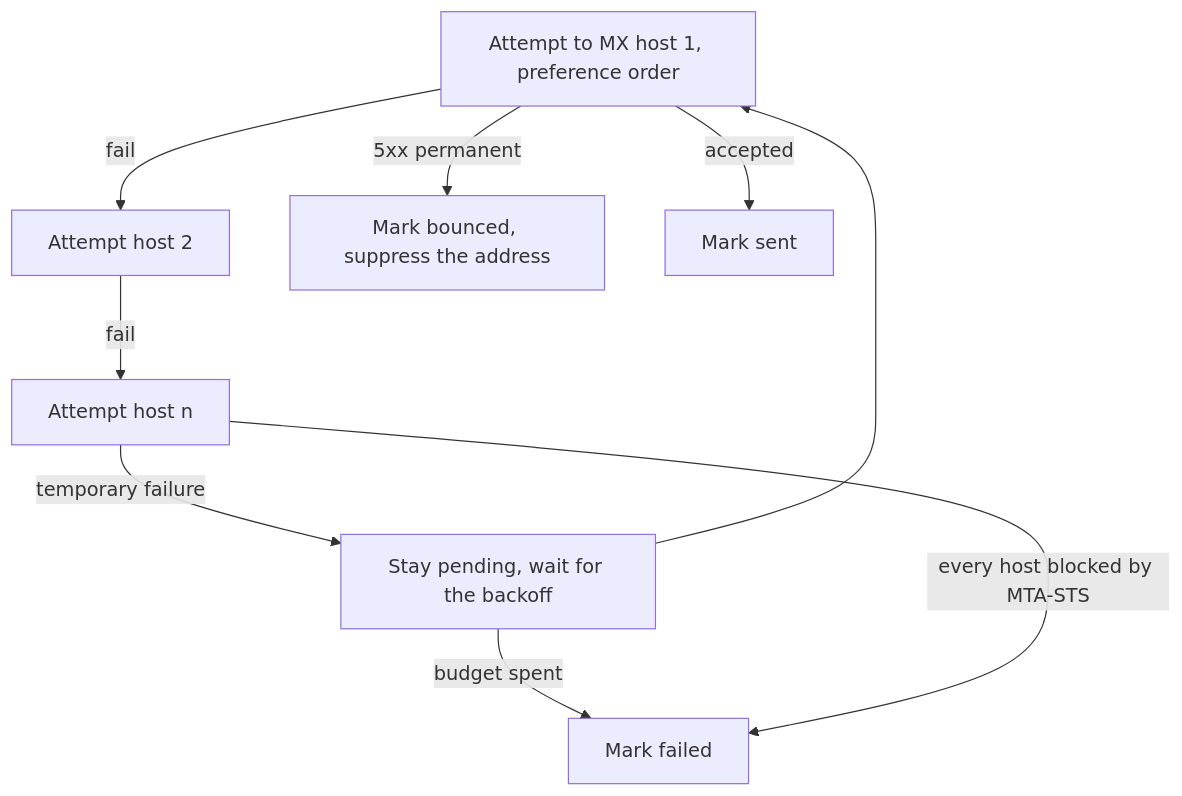
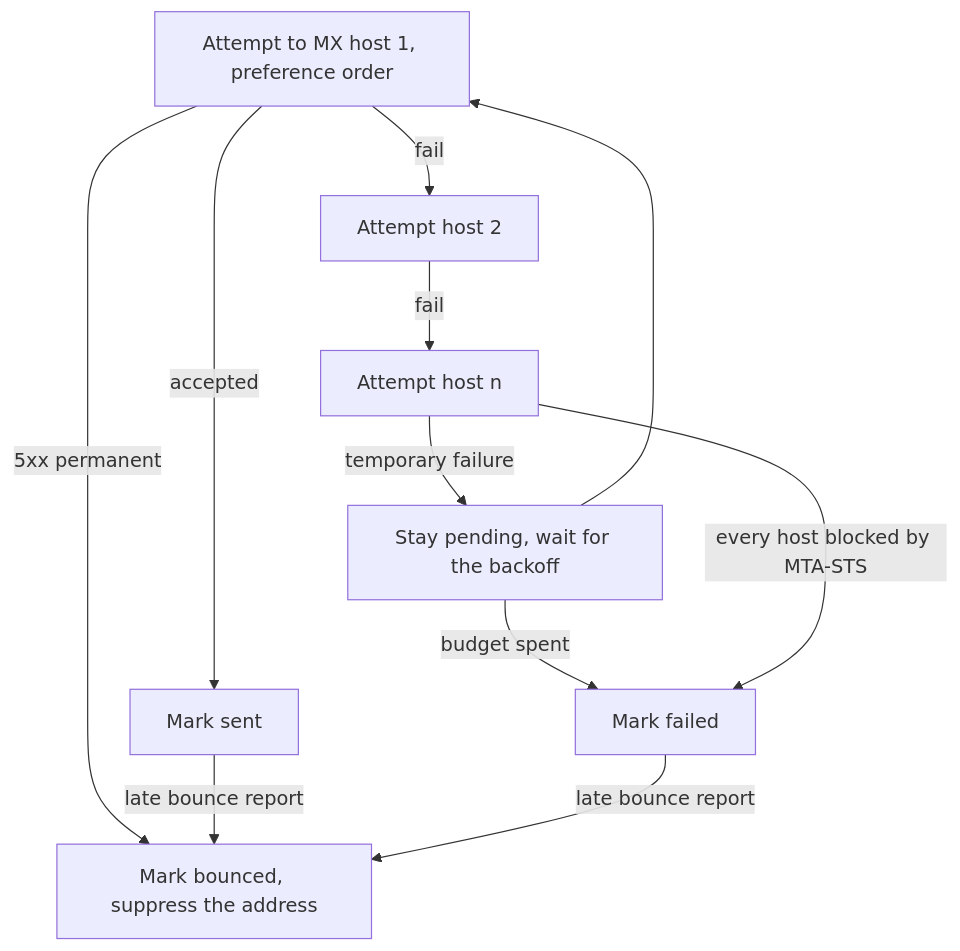
Before and after one commit to codingjoe/relay: the second of 2 diagrams in docs/docs/reliability.md, drawn with Mermaid. The commit also changed other lines of this file and 23 other files, not shown here.

````diff
--- a/docs/docs/reliability.md
+++ b/docs/docs/reliability.md
@@ -72,11 +74,13 @@
 ```mermaid
 flowchart TD
     A[Attempt to MX host 1, preference order] -- fail --> B[Attempt host 2]
     B -- fail --> C[Attempt host n]
     A -- 5xx permanent --> D[Mark bounced, suppress the address]
     A -- accepted --> E[Mark sent]
+    E -- late bounce report --> D
     C -- temporary failure --> F[Stay pending, wait for the backoff]
     F --> A
     F -- budget spent --> G[Mark failed]
+    G -- late bounce report --> D
     C -- every host blocked by MTA-STS --> G
 ```
````
